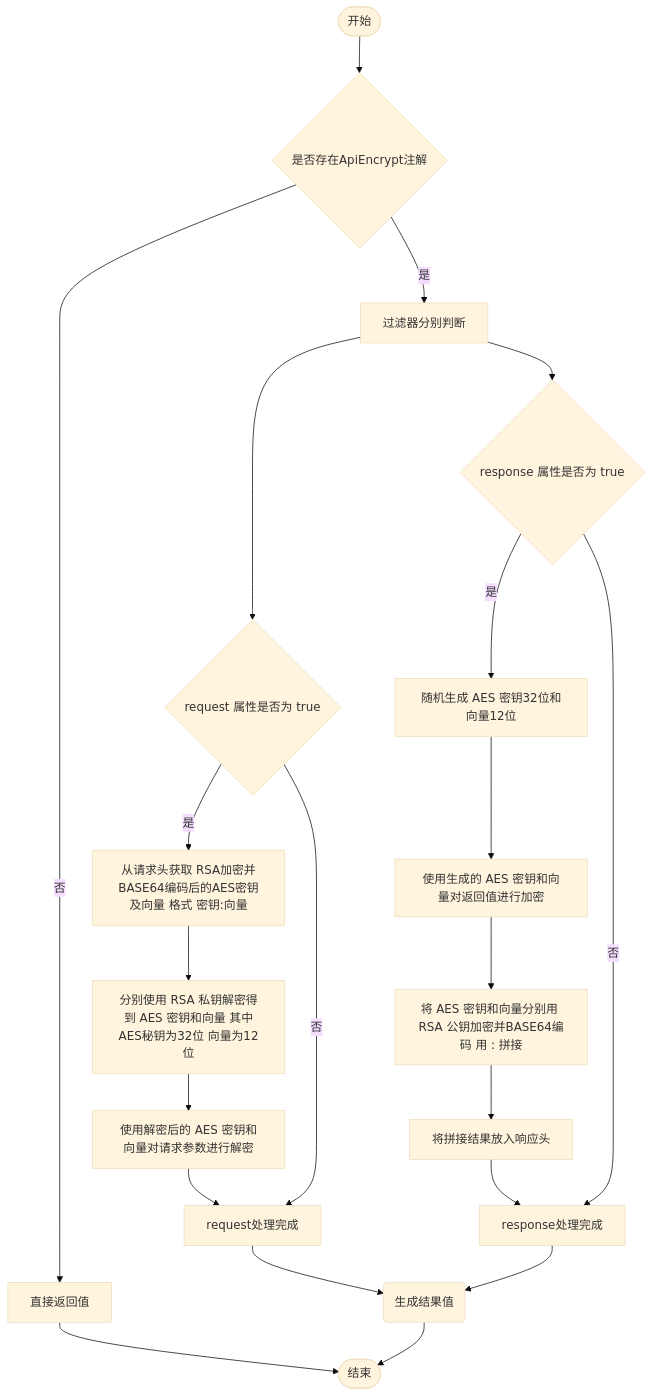
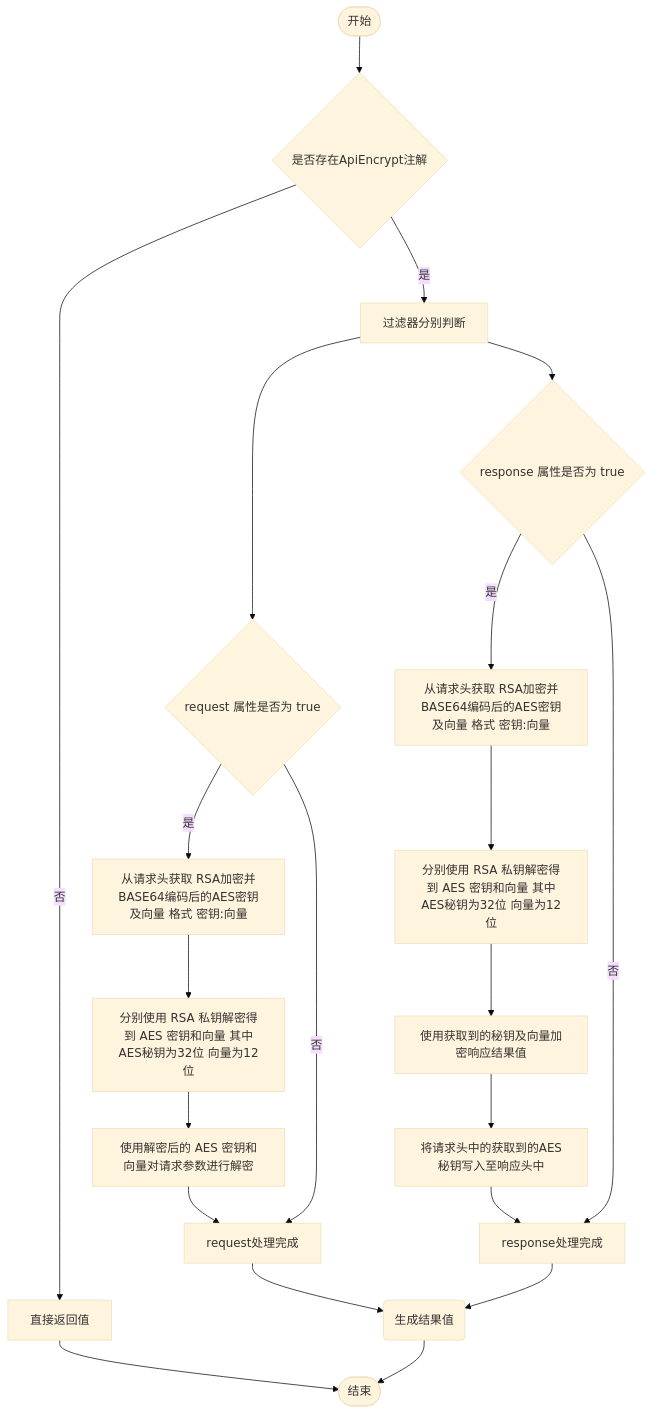
One commit to lucknhb/nhb-common changed the diagram in README.md. Above: the diagram before and after it, drawn with Mermaid (base theme). The commit also changed 6 other files, not shown here.

````diff
--- a/README.md
+++ b/README.md
@@ -549,24 +549,24 @@
    ```mermaid
    graph TD
        Start([开始]) --> CheckAnnotation{是否存在ApiEncrypt注解}
        CheckAnnotation -- 否 --> ReturnValue[直接返回值] --> End([结束])
        CheckAnnotation -- 是 --> ParallelStart[过滤器分别判断]
    
        ParallelStart --> RequestBranch{request 属性是否为 true}
        ParallelStart --> ResponseBranch{response 属性是否为 true}
    
        RequestBranch -- 是 --> GetHeader[从请求头获取 RSA加密并BASE64编码后的AES密钥及向量 格式 密钥:向量]
        GetHeader --> DecryptKeyIV[分别使用 RSA 私钥解密得到 AES 密钥和向量 其中AES秘钥为32位 向量为12位]
        DecryptKeyIV --> DecryptParams[使用解密后的 AES 密钥和向量对请求参数进行解密] --> RequestEnd[request处理完成]
        RequestBranch -- 否 --> RequestEnd
    
-       ResponseBranch -- 是 --> GenAES[随机生成 AES 密钥32位和向量12位]
-       GenAES --> EncryptResponse[使用生成的 AES 密钥和向量对返回值进行加密]
-       EncryptResponse --> EncryptKeyIV[将 AES 密钥和向量分别用 RSA 公钥加密并BASE64编码 用 : 拼接]
-       EncryptKeyIV --> SetHeader[将拼接结果放入响应头] --> ResponseEnd[response处理完成]
+       ResponseBranch -- 是 --> GenAES[从请求头获取 RSA加密并BASE64编码后的AES密钥及向量 格式 密钥:向量]
+       GenAES --> EncryptResponse[分别使用 RSA 私钥解密得到 AES 密钥和向量 其中AES秘钥为32位 向量为12位]
+       EncryptResponse --> EncryptKeyIV[使用获取到的秘钥及向量加密响应结果值]
+       EncryptKeyIV --> SetHeader[将请求头中的获取到的AES秘钥写入至响应头中] --> ResponseEnd[response处理完成]
        ResponseBranch -- 否 --> ResponseEnd
    
        RequestEnd --> Join(生成结果值)
        ResponseEnd --> Join
        Join --> End
    ```
````
